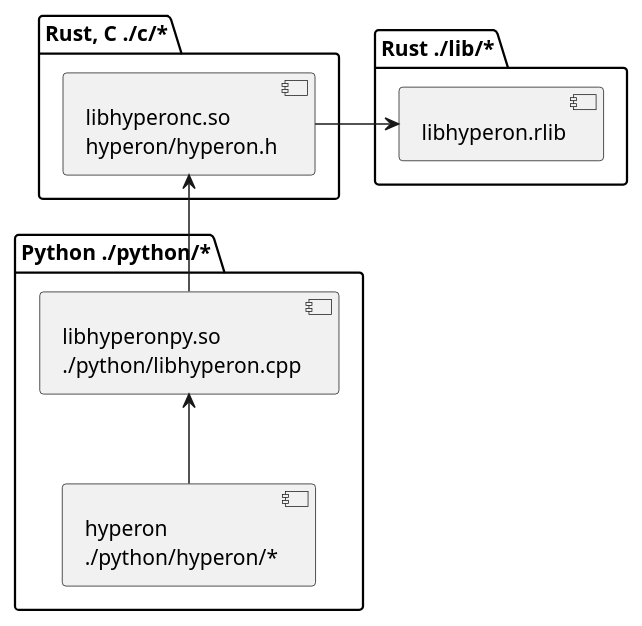
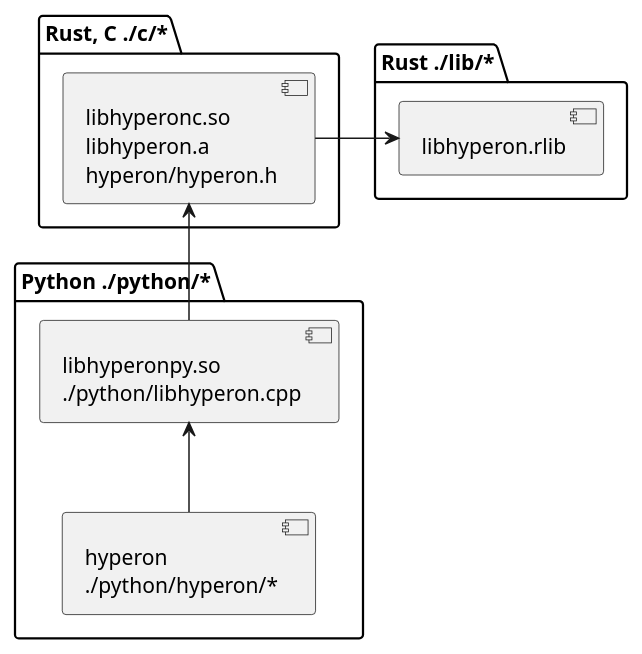
The diagram in doc/structure.plantuml (trueagi-io/hyperon-experimental), drawn with PlantUML before and after one commit. The commit also changed 4 other files, not shown here.

```diff
--- a/doc/structure.plantuml
+++ b/doc/structure.plantuml
@@ -1,20 +1,20 @@
 @startuml
 
 package "Rust ./lib/*" {
   [libhyperon.rlib] as libhyperon
 }
 
 package "Rust, C ./c/*" {
-  [libhyperonc.so\nhyperon/hyperon.h] as libhyperonc
+  [libhyperonc.so\nlibhyperon.a\nhyperon/hyperon.h] as libhyperonc
 }
 
 package "Python ./python/*" {
   [libhyperonpy.so\n./python/libhyperon.cpp] as libhyperonpy
   [hyperon\n./python/hyperon/*] as hyperonpy
 }
 
 libhyperonc -> libhyperon
 libhyperonpy -u-> libhyperonc
 hyperonpy -u-> libhyperonpy
 
 @enduml
```
